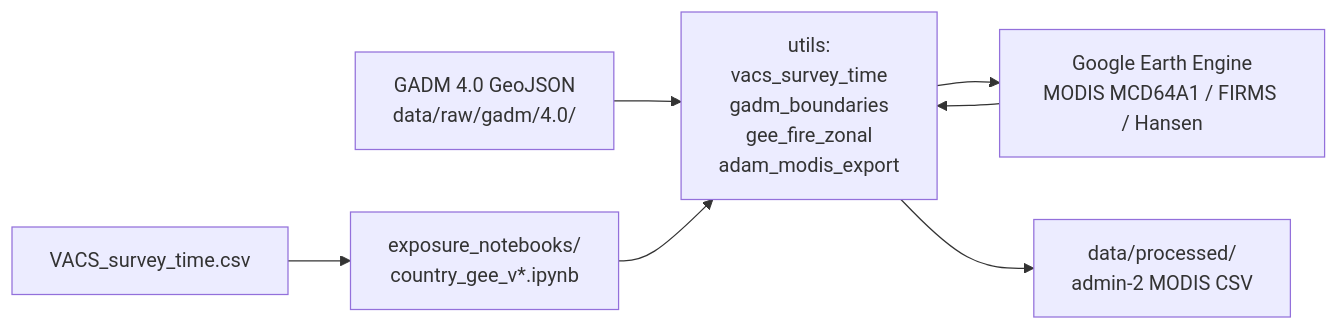
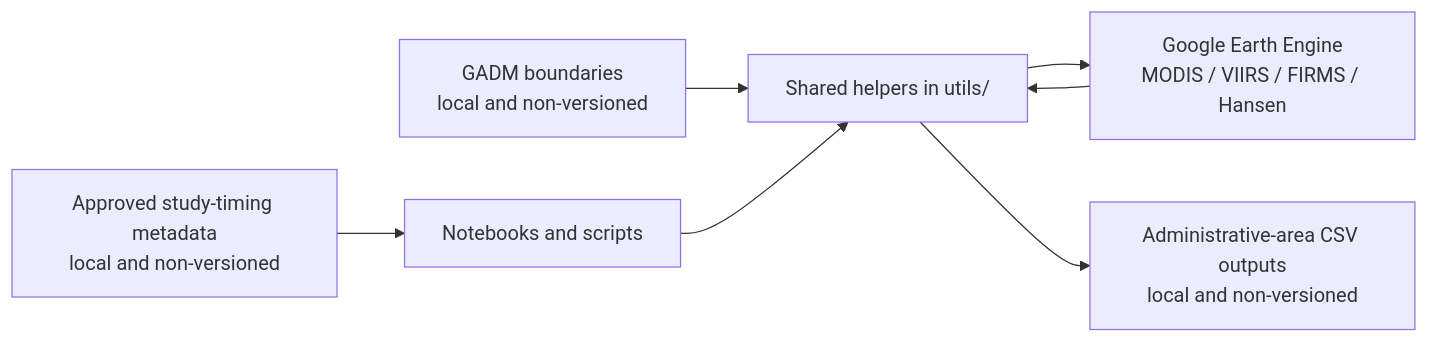
One commit to JunchenX0809/ipv_exposure_research changed the diagram in README.md. Above: the diagram before and after it, drawn with Mermaid. The commit also changed other lines of this file and 1 other file, not shown here.

````diff
--- a/README.md
+++ b/README.md
@@ -7,16 +24,16 @@
 ```mermaid
 flowchart LR
-  VACS["VACS_survey_time.csv"]
-  GADM["GADM 4.0 GeoJSON\ndata/raw/gadm/4.0/"]
-  NB["exposure_notebooks/\ncountry_gee_v*.ipynb"]
-  UTILS["utils:\nvacs_survey_time\ngadm_boundaries\ngee_fire_zonal\nadam_modis_export"]
-  GEE["Google Earth Engine\nMODIS MCD64A1 / FIRMS / Hansen"]
-  CSV["data/processed/\nadmin-2 MODIS CSV"]
+  TIME["Approved study-timing metadata\nlocal and non-versioned"]
+  BOUNDS["GADM boundaries\nlocal and non-versioned"]
+  RUN["Notebooks and scripts"]
+  HELPERS["Shared helpers in utils/"]
+  GEE["Google Earth Engine\nMODIS / VIIRS / FIRMS / Hansen"]
+  RESULTS["Administrative-area CSV outputs\nlocal and non-versioned"]
 
-  VACS --> NB
-  GADM --> UTILS
-  NB --> UTILS
-  UTILS --> GEE
-  GEE --> UTILS
-  UTILS --> CSV
+  TIME --> RUN
+  BOUNDS --> HELPERS
+  RUN --> HELPERS
+  HELPERS --> GEE
+  GEE --> HELPERS
+  HELPERS --> RESULTS
 ```
````
